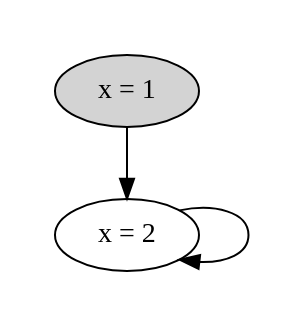
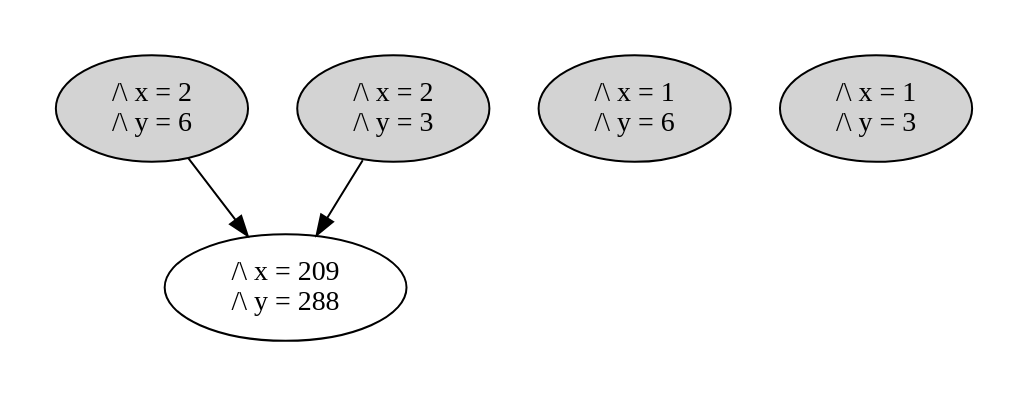
One commit to will62794/tla-web changed the diagram in specs/with_state_graphs/simple1.tla.dot. Above: the diagram before and after it, drawn with Graphviz. The commit also changed 2 other files, not shown here.

```diff
--- a/specs/with_state_graphs/simple1.tla.dot
+++ b/specs/with_state_graphs/simple1.tla.dot
@@ -1,12 +1,14 @@
 strict digraph DiskGraph {
 nodesep=0.35;
 subgraph cluster_graph {
 color="white";
--6230161439325923452 [label="x = 1",style = filled]
--6230161439325923452 -> -5039642576729477619 [label="",color="black",fontcolor="black"];
--5039642576729477619 [label="x = 2"];
--5039642576729477619 -> -5039642576729477619 [label="",color="black",fontcolor="black"];
-{rank = same; -6230161439325923452;}
-{rank = same; -5039642576729477619;}
+8244198208000531372 [label="/\\ x = 1\n/\\ y = 3",style = filled]
+5109318023782289719 [label="/\\ x = 1\n/\\ y = 6",style = filled]
+-1835396468595217593 [label="/\\ x = 2\n/\\ y = 3",style = filled]
+-3311857004655156772 [label="/\\ x = 2\n/\\ y = 6",style = filled]
+-1835396468595217593 -> -3725389494540109573 [label="",color="black",fontcolor="black"];
+-3725389494540109573 [label="/\\ x = 209\n/\\ y = 288"];
+-3311857004655156772 -> -3725389494540109573 [label="",color="black",fontcolor="black"];
+{rank = same; -1835396468595217593;5109318023782289719;8244198208000531372;-3311857004655156772;}
 }
 }
```
